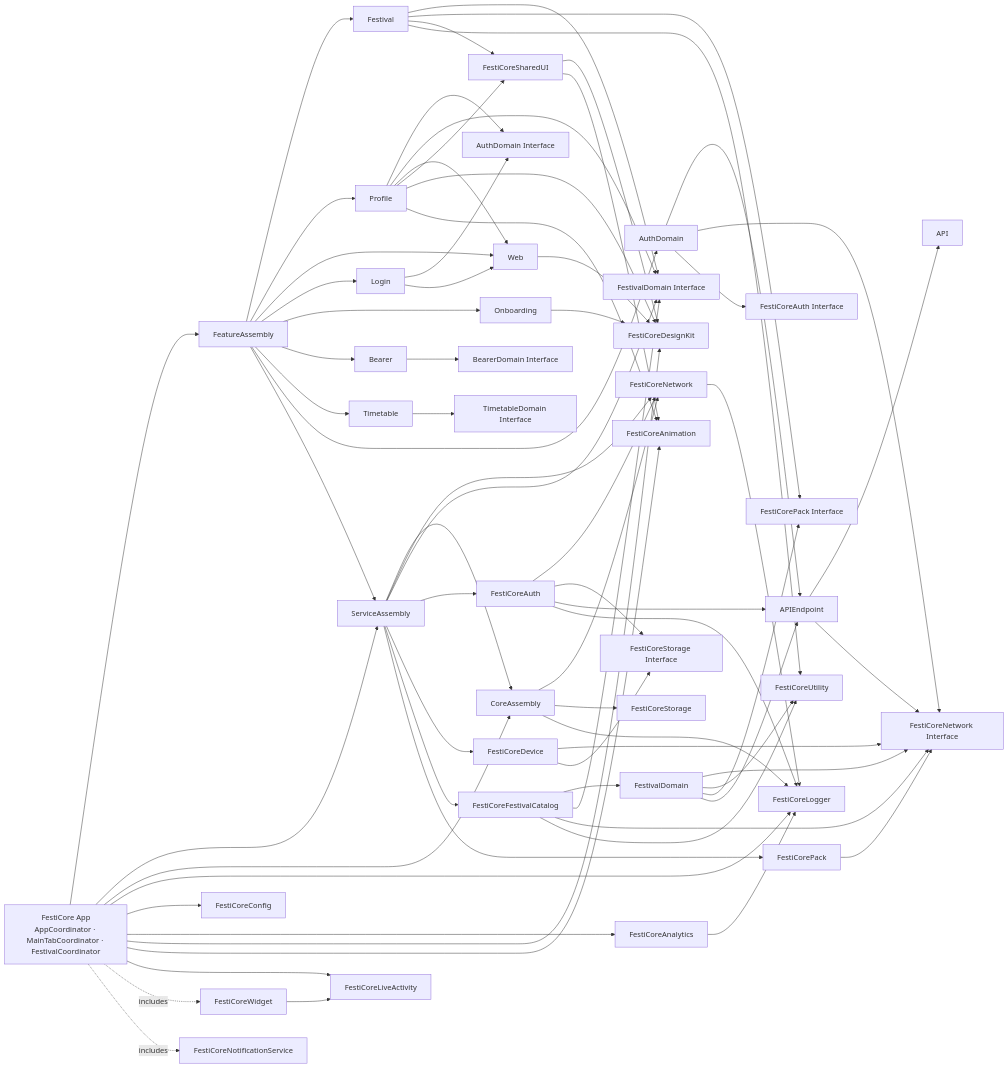
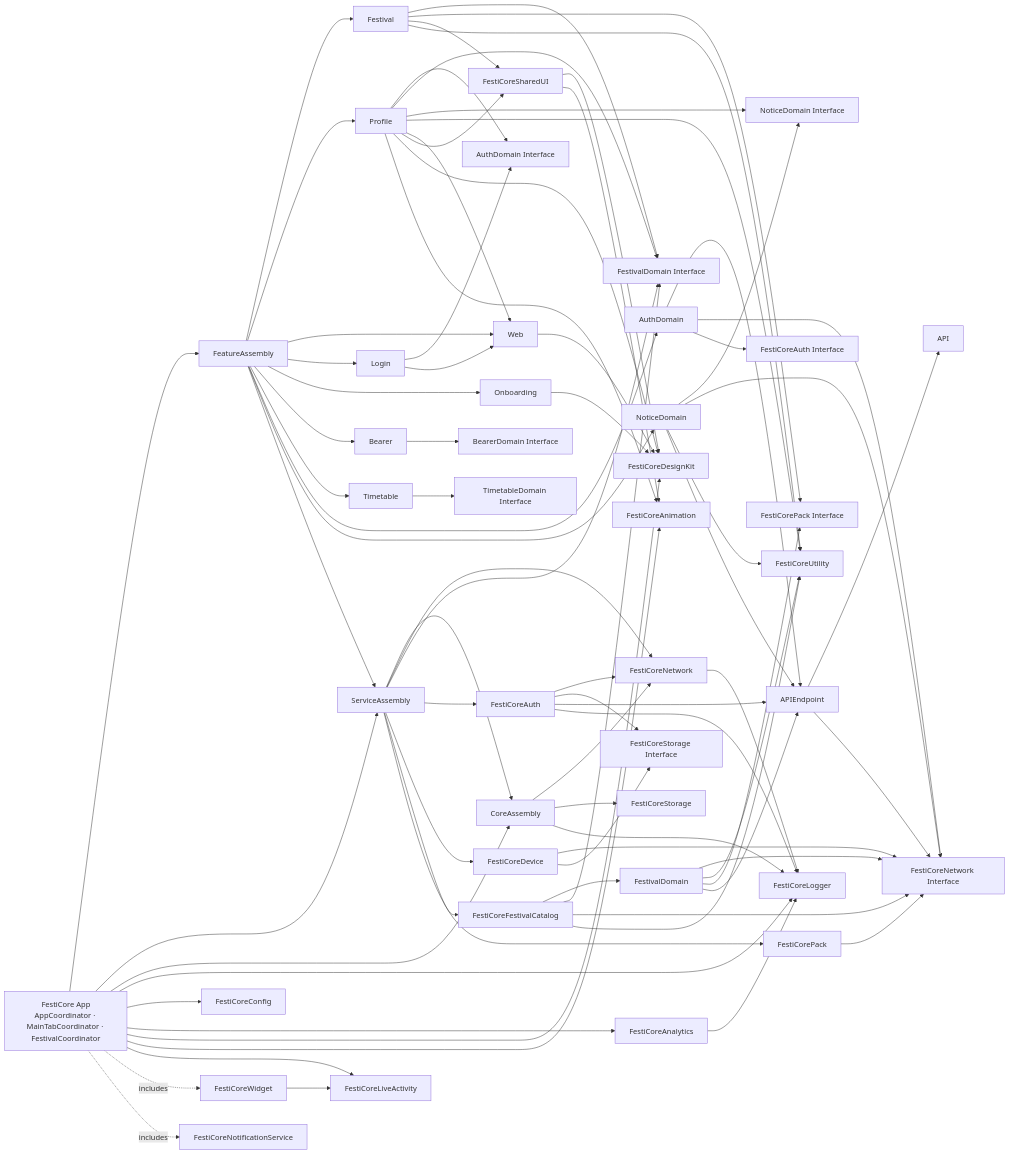
The diagram in docs/architecture/module-graph.mmd (FESTICORE/FestiCore-iOS), drawn with Mermaid before and after one commit. The commit also changed 38 other files, not shown here.

```diff
--- a/docs/architecture/module-graph.mmd
+++ b/docs/architecture/module-graph.mmd
@@ -1,114 +1,123 @@
 flowchart LR
   App["FestiCore App<br/>AppCoordinator · MainTabCoordinator · FestivalCoordinator"]
   FeatureAssembly["FeatureAssembly"]
   Festival["Festival"]
   Profile["Profile"]
   Web["Web"]
   Login["Login"]
   Onboarding["Onboarding"]
   Bearer["Bearer"]
   Timetable["Timetable"]
   AuthDomain["AuthDomain"]
   FestivalDomain["FestivalDomain"]
+  NoticeDomain["NoticeDomain"]
+  NoticeDomainInterface["NoticeDomain Interface"]
   FestivalDomainInterface["FestivalDomain Interface"]
   BearerDomainInterface["BearerDomain Interface"]
   TimetableDomainInterface["TimetableDomain Interface"]
   AuthDomainInterface["AuthDomain Interface"]
   PackInterface["FestiCorePack Interface"]
   ServiceAssembly["ServiceAssembly"]
   API["API"]
   Auth["FestiCoreAuth"]
   Analytics["FestiCoreAnalytics"]
   Config["FestiCoreConfig"]
   Device["FestiCoreDevice"]
   Catalog["FestiCoreFestivalCatalog"]
   Pack["FestiCorePack"]
   Network["FestiCoreNetwork"]
   StorageInterface["FestiCoreStorage Interface"]
   Storage["FestiCoreStorage"]
   Logger["FestiCoreLogger"]
   Utility["FestiCoreUtility"]
   LiveActivity["FestiCoreLiveActivity"]
   Animation["FestiCoreAnimation"]
   CoreAssembly["CoreAssembly"]
   APIEndpoint["APIEndpoint"]
   NetworkInterface["FestiCoreNetwork Interface"]
   SharedUI["FestiCoreSharedUI"]
   Design["FestiCoreDesignKit"]
   Widget["FestiCoreWidget"]
   Notification["FestiCoreNotificationService"]
 
   App --> FeatureAssembly
   App --> ServiceAssembly
   App --> CoreAssembly
   App --> Logger
   App --> Config
   App --> Analytics
   App --> Design
   App --> Animation
   App --> LiveActivity
   App -. includes .-> Widget
   App -. includes .-> Notification
 
   FeatureAssembly --> Festival
   FeatureAssembly --> Profile
   FeatureAssembly --> Web
   FeatureAssembly --> Login
   FeatureAssembly --> Onboarding
   FeatureAssembly --> Bearer
   FeatureAssembly --> Timetable
   FeatureAssembly --> AuthDomain
+  FeatureAssembly --> NoticeDomain
   FeatureAssembly --> ServiceAssembly
 
   Festival --> FestivalDomainInterface
   Festival --> PackInterface
   Festival --> SharedUI
   Festival --> Utility
   Profile --> AuthDomainInterface
   Profile --> FestivalDomainInterface
+  Profile --> NoticeDomainInterface
+  Profile --> Utility
   Profile --> Web
   Profile --> SharedUI
   Profile --> Design
   Profile --> Animation
   Login --> AuthDomainInterface
   Login --> Web
   Bearer --> BearerDomainInterface
   Timetable --> TimetableDomainInterface
   Onboarding --> Design
   Web --> Design
   SharedUI --> Design
 
   AuthDomain --> APIEndpoint
   AuthDomain --> NetworkInterface
   AuthDomain --> AuthInterface["FestiCoreAuth Interface"]
   FestivalDomain --> NetworkInterface
   FestivalDomain --> Utility
   FestivalDomain --> PackInterface
   FestivalDomain --> APIEndpoint
+  NoticeDomain --> NoticeDomainInterface
+  NoticeDomain --> NetworkInterface
+  NoticeDomain --> Utility
+  NoticeDomain --> APIEndpoint
   ServiceAssembly --> CoreAssembly
   ServiceAssembly --> Network
   ServiceAssembly --> FestivalDomainInterface
   ServiceAssembly --> Auth
   ServiceAssembly --> Device
   ServiceAssembly --> Catalog
   ServiceAssembly --> Pack
   Catalog --> FestivalDomain
   Catalog --> FestivalDomainInterface
   Catalog --> NetworkInterface
   Catalog --> Utility
   Auth --> Network
   Auth --> StorageInterface
   Auth --> APIEndpoint
   Auth --> Logger
   Device --> NetworkInterface
   Device --> StorageInterface
   Pack --> NetworkInterface
   Analytics --> Logger
   APIEndpoint --> API
   APIEndpoint --> NetworkInterface
   CoreAssembly --> Network
   CoreAssembly --> Storage
   CoreAssembly --> Logger
   Network --> Logger
   SharedUI --> Animation
   Widget --> LiveActivity
```
